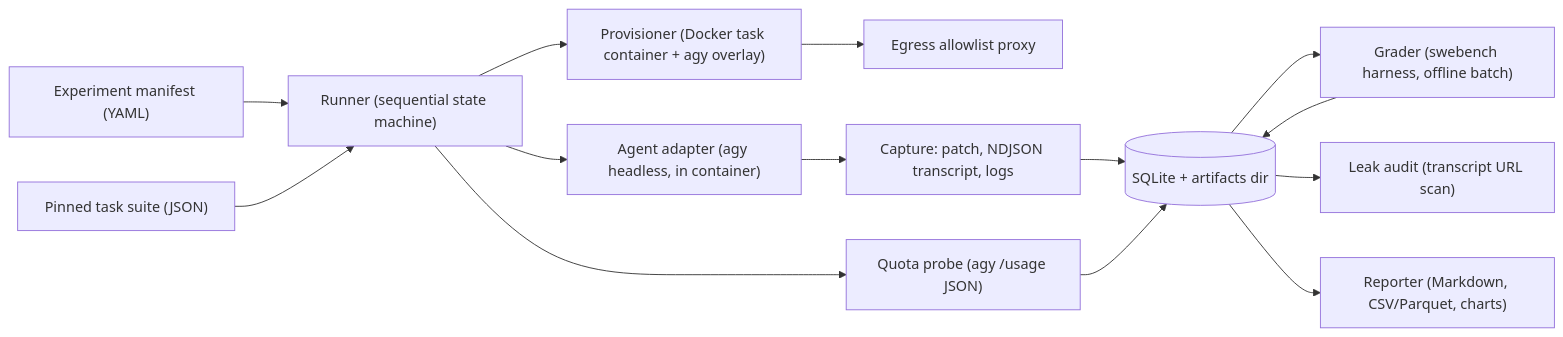
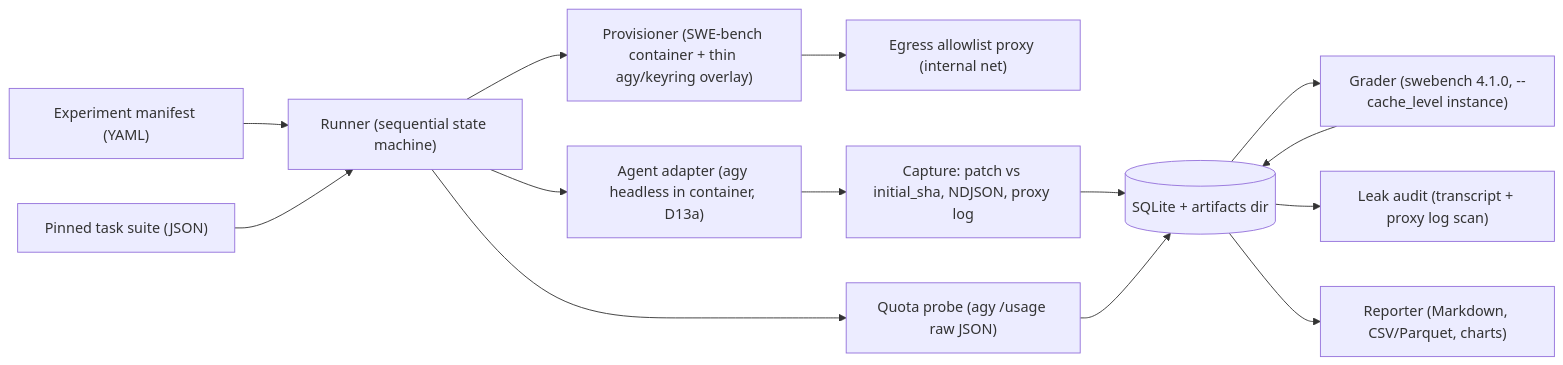
Before and after one commit to data-john/SubscriptionBench: the diagram in docs/implementation_plan.md, drawn with Mermaid. The commit also changed other lines of this file and 5 other files, not shown here.

````diff
--- a/docs/implementation_plan.md
+++ b/docs/implementation_plan.md
@@ -37,16 +36,16 @@
 ```mermaid
 flowchart LR
     M["Experiment manifest (YAML)"] --> R["Runner (sequential state machine)"]
     S["Pinned task suite (JSON)"] --> R
-    R --> P["Provisioner (Docker task container + agy overlay)"]
-    P --> X["Egress allowlist proxy"]
-    R --> Q["Quota probe (agy /usage JSON)"]
-    R --> A["Agent adapter (agy headless, in container)"]
-    A --> C["Capture: patch, NDJSON transcript, logs"]
+    R --> P["Provisioner (SWE-bench container + thin agy/keyring overlay)"]
+    P --> X["Egress allowlist proxy (internal net)"]
+    R --> Q["Quota probe (agy /usage raw JSON)"]
+    R --> A["Agent adapter (agy headless in container, D13a)"]
+    A --> C["Capture: patch vs initial_sha, NDJSON, proxy log"]
     C --> DB[("SQLite + artifacts dir")]
     Q --> DB
-    DB --> G["Grader (swebench harness, offline batch)"]
+    DB --> G["Grader (swebench 4.1.0, --cache_level instance)"]
     G --> DB
-    DB --> AU["Leak audit (transcript URL scan)"]
+    DB --> AU["Leak audit (transcript + proxy log scan)"]
     DB --> RP["Reporter (Markdown, CSV/Parquet, charts)"]
 ```
````
